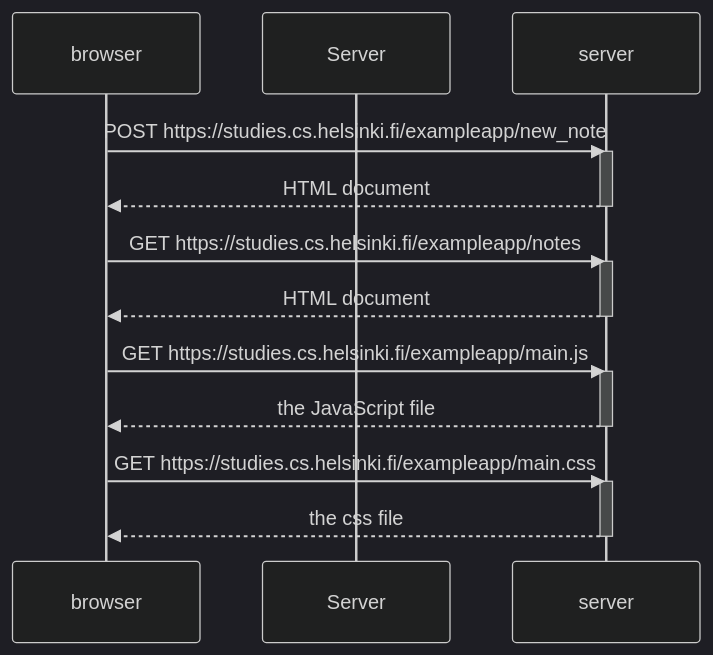
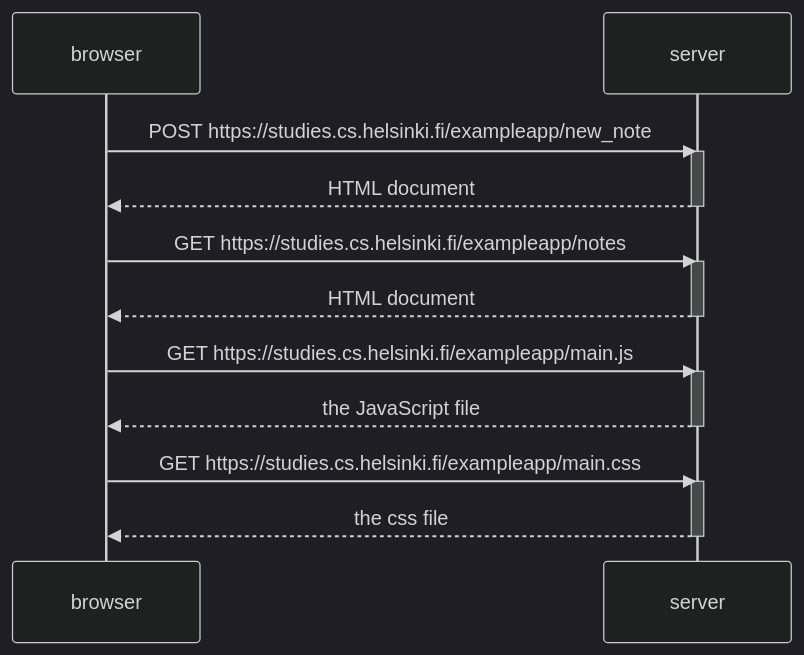
The diagram in Osa0/test.md (tjvalkonen/FullStackOpen), drawn with Mermaid (dark theme) before and after one commit.

````diff
--- a/Osa0/test.md
+++ b/Osa0/test.md
@@ -2,24 +2,24 @@
 ```mermaid
 sequenceDiagram
     participant browser
-    participant Server
+    participant server
     browser->>server: POST https://studies.cs.helsinki.fi/exampleapp/new_note
     activate server
     server-->>browser: HTML document
     deactivate server
 
     browser->>server: GET https://studies.cs.helsinki.fi/exampleapp/notes
     activate server
     server-->>browser: HTML document
     deactivate server
 
     browser->>server: GET https://studies.cs.helsinki.fi/exampleapp/main.js
     activate server
     server-->>browser: the JavaScript file
     deactivate server
 
     browser->>server: GET https://studies.cs.helsinki.fi/exampleapp/main.css
     activate server
     server-->>browser: the css file
     deactivate server
 ```
````
